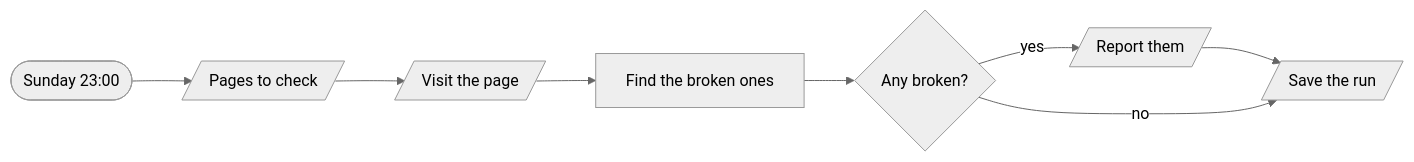
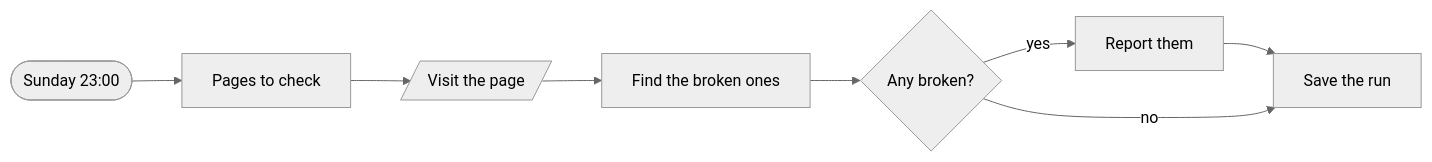
Before and after one commit to kimjoshuadr/n8n-workflows: the second of 4 diagrams in workflows/content/README.md, drawn with Mermaid (neutral theme). The commit also changed other lines of this file and 184 other files, not shown here.

Commit message:
Finish the move to named platforms: blocks, BambooHR, generated README, schema and platform marks

````diff
--- a/workflows/content/README.md
+++ b/workflows/content/README.md
@@ -64,17 +66,17 @@
 ```mermaid
 flowchart LR
   n1269xrk(["Sunday 23:00"])
-  n1igvk6e[/"Pages to check"/]
+  n1igvk6e["Pages to check"]
   naz6rju[/"Visit the page"/]
   n1nt6bm1["Find the broken ones"]
   n5t9cun{"Any broken?"}
-  n11hjev5[/"Report them"/]
-  ne7wg2o[/"Save the run"/]
+  n11hjev5["Report them"]
+  ne7wg2o["Save the run"]
   n1269xrk --> n1igvk6e
   n1igvk6e --> naz6rju
   naz6rju --> n1nt6bm1
   n1nt6bm1 --> n5t9cun
   n5t9cun -->|yes| n11hjev5
   n11hjev5 --> ne7wg2o
   n5t9cun -->|no| ne7wg2o
 ```
````
